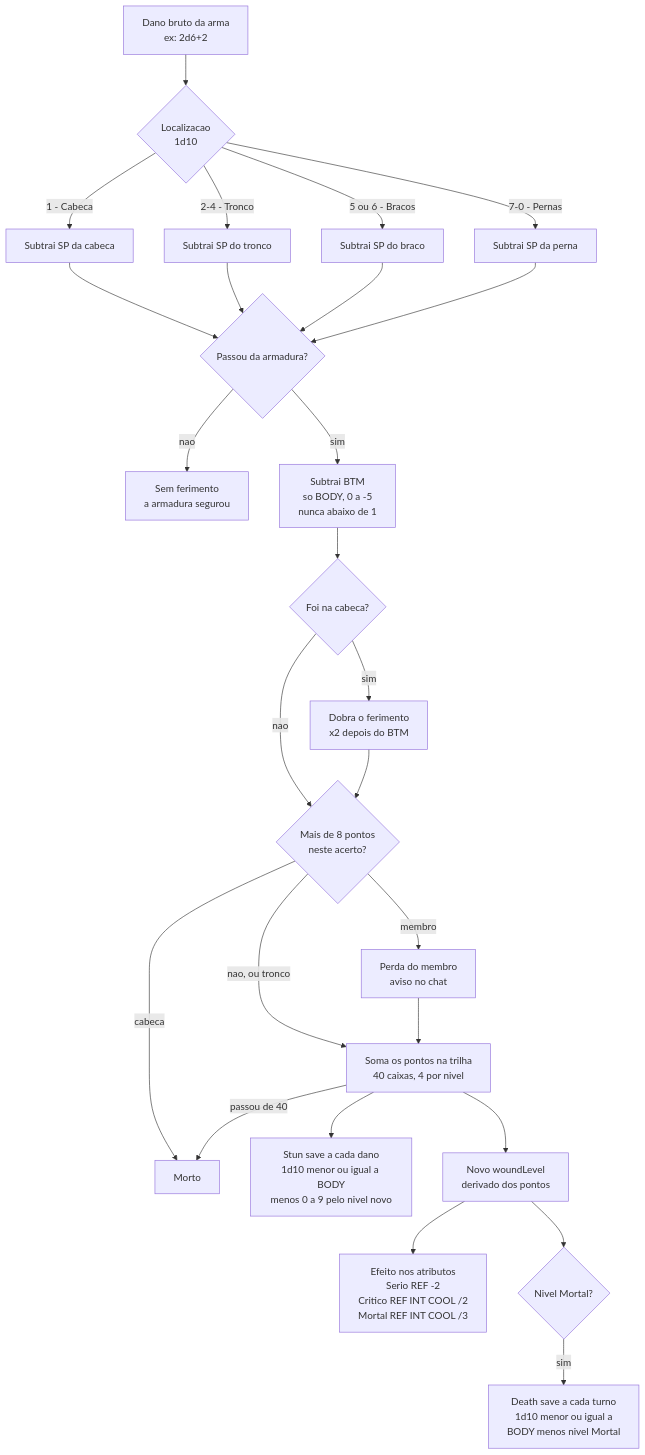
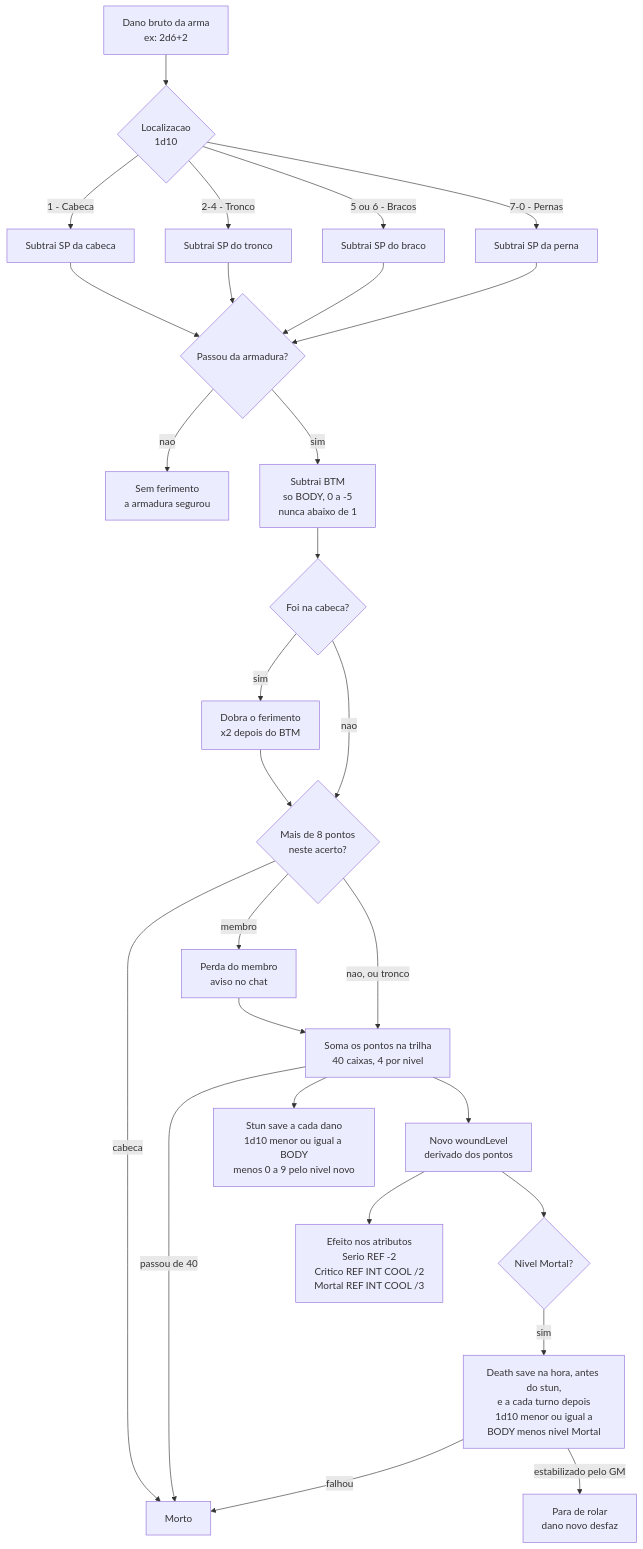
Before and after one commit to tavinholoco/NetsheetEngine: the third of 5 diagrams in docs/ARQUITETURA.md, drawn with Mermaid. The commit also changed other lines of this file and 16 other files, not shown here.

First line of the commit message:
feat(fase-d): D.5 — death save na virada de turno, e estabilizar

````diff
--- a/docs/ARQUITETURA.md
+++ b/docs/ARQUITETURA.md
@@ -160,32 +161,34 @@
 ```mermaid
 flowchart TB
     A["Dano bruto da arma<br/>ex: 2d6+2"] --> B{"Localizacao<br/>1d10"}
 
     B -->|"1 - Cabeca"| C["Subtrai SP da cabeca"]
     B -->|"2-4 - Tronco"| D["Subtrai SP do tronco"]
     B -->|"5 ou 6 - Bracos"| E["Subtrai SP do braco"]
     B -->|"7-0 - Pernas"| F["Subtrai SP da perna"]
 
     C --> I{"Passou da armadura?"}
     D --> I
     E --> I
     F --> I
 
     I -->|"nao"| J["Sem ferimento<br/>a armadura segurou"]
     I -->|"sim"| H["Subtrai BTM<br/>so BODY, 0 a -5<br/>nunca abaixo de 1"]
     H --> Q{"Foi na cabeca?"}
     Q -->|"sim"| G["Dobra o ferimento<br/>x2 depois do BTM"]
     Q -->|"nao"| V{"Mais de 8 pontos<br/>neste acerto?"}
     G --> V
     V -->|"cabeca"| X["Morto"]
     V -->|"membro"| Y["Perda do membro<br/>aviso no chat"]
     V -->|"nao, ou tronco"| K["Soma os pontos na trilha<br/>40 caixas, 4 por nivel"]
     Y --> K
     K -->|"passou de 40"| X
 
     K --> S["Stun save a cada dano<br/>1d10 menor ou igual a BODY<br/>menos 0 a 9 pelo nivel novo"]
     K --> L["Novo woundLevel<br/>derivado dos pontos"]
     L --> N["Efeito nos atributos<br/>Serio REF -2<br/>Critico REF INT COOL /2<br/>Mortal REF INT COOL /3"]
     L --> M{"Nivel Mortal?"}
-    M -->|"sim"| O["Death save a cada turno<br/>1d10 menor ou igual a<br/>BODY menos nivel Mortal"]
+    M -->|"sim"| O["Death save na hora, antes do stun,<br/>e a cada turno depois<br/>1d10 menor ou igual a<br/>BODY menos nivel Mortal"]
+    O -->|"falhou"| X
+    O -->|"estabilizado pelo GM"| Z["Para de rolar<br/>dano novo desfaz"]
 ```
````
